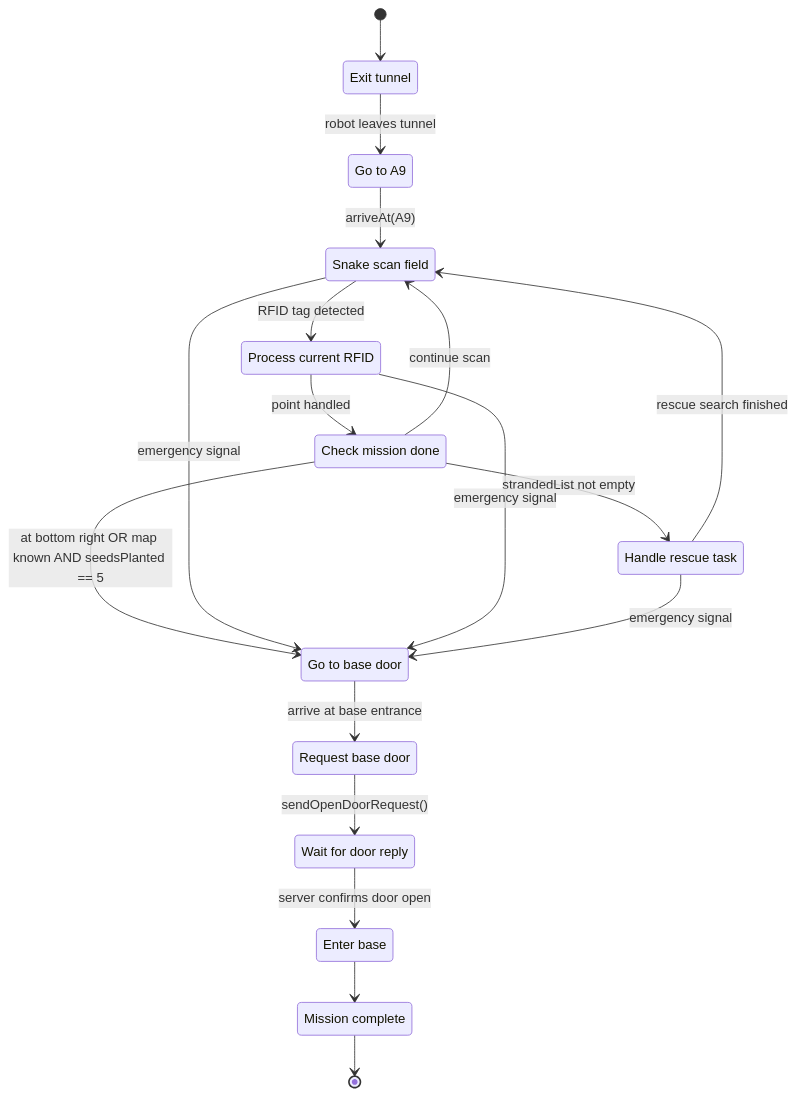
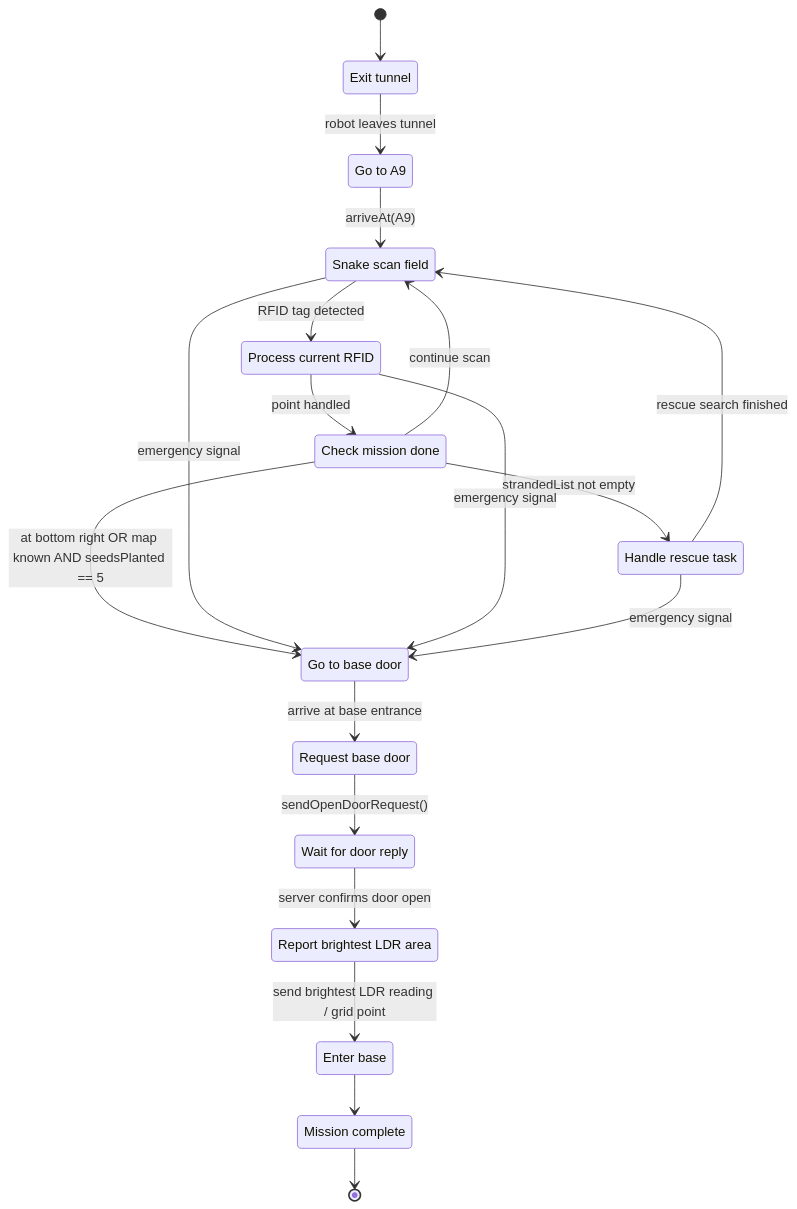
The first of 5 diagrams in strategy FSM.md (jason0925pig-rgb/Term3-Robotic-Challenge), drawn with Mermaid before and after one commit. The commit also changed other lines of this file, not shown here.

Commit message:
Add LDR brightest area report to strategy FSM

````diff
--- a/strategy FSM.md
+++ b/strategy FSM.md
@@ -5,38 +5,40 @@
 ```mermaid
 stateDiagram-v2
     [*] --> ExitTunnel
 
     state "Exit tunnel" as ExitTunnel
     state "Go to A9" as GoA9
     state "Snake scan field" as SnakeScan
     state "Process current RFID" as ProcessRFID
     state "Check mission done" as CheckDone
     state "Handle rescue task" as RescueTask
     state "Go to base door" as GoBaseDoor
     state "Request base door" as RequestDoor
     state "Wait for door reply" as WaitDoor
+    state "Report brightest LDR area" as ReportBrightest
     state "Enter base" as EnterBase
     state "Mission complete" as Done
 
     ExitTunnel --> GoA9: robot leaves tunnel
     GoA9 --> SnakeScan: arriveAt(A9)
 
     SnakeScan --> ProcessRFID: RFID tag detected
     ProcessRFID --> CheckDone: point handled
 
     CheckDone --> GoBaseDoor: at bottom right OR map known AND seedsPlanted == 5
     CheckDone --> RescueTask: strandedList not empty
     CheckDone --> SnakeScan: continue scan
 
     RescueTask --> SnakeScan: rescue search finished
 
     GoBaseDoor --> RequestDoor: arrive at base entrance
     RequestDoor --> WaitDoor: sendOpenDoorRequest()
-    WaitDoor --> EnterBase: server confirms door open
+    WaitDoor --> ReportBrightest: server confirms door open
+    ReportBrightest --> EnterBase: send brightest LDR reading / grid point
     EnterBase --> Done
     Done --> [*]
 
     SnakeScan --> GoBaseDoor: emergency signal
     ProcessRFID --> GoBaseDoor: emergency signal
     RescueTask --> GoBaseDoor: emergency signal
 ```
````
